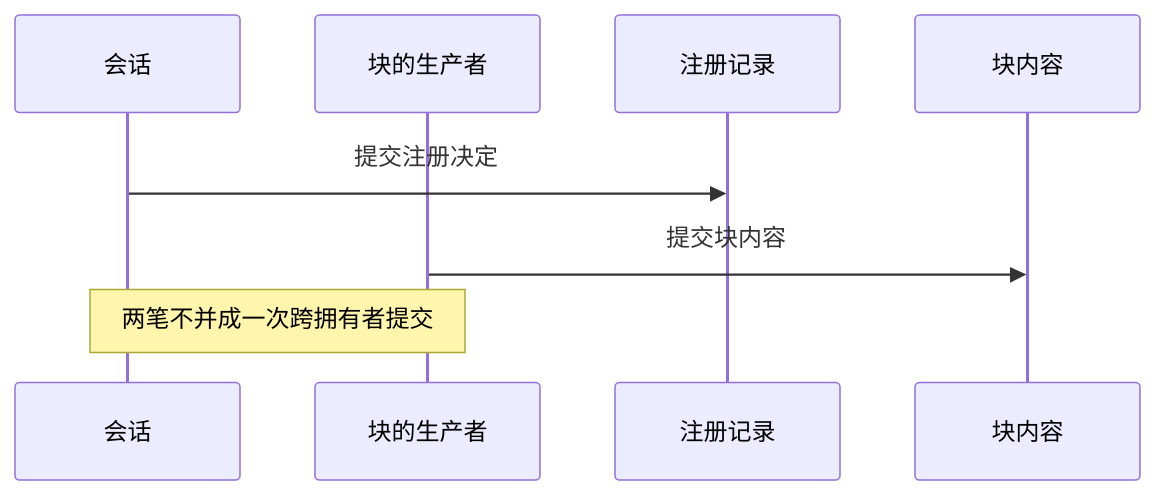
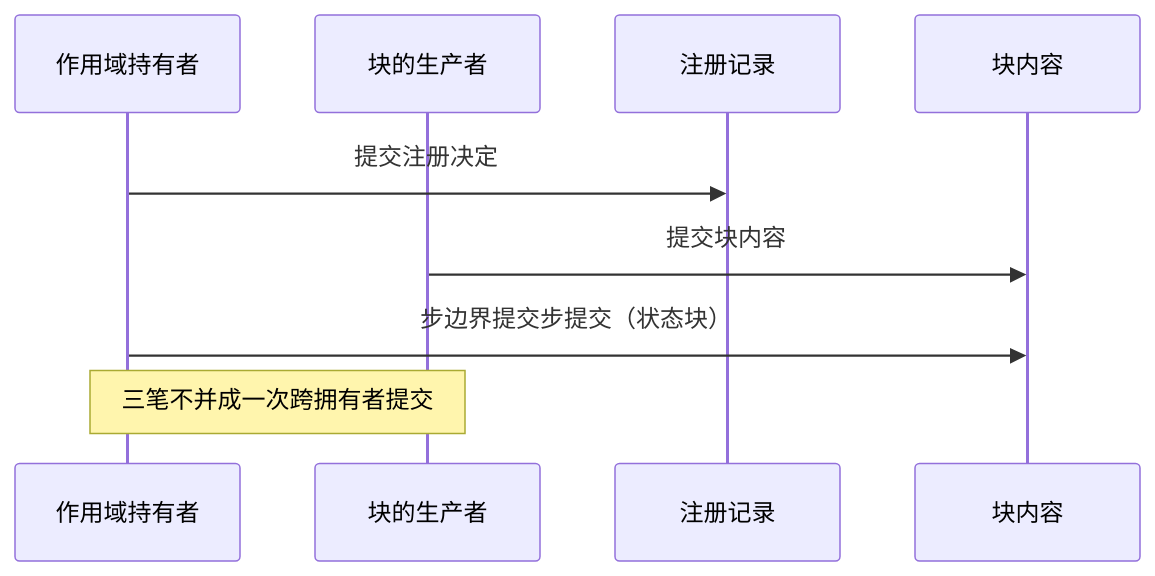
The second of 2 diagrams in docs/architecture/runtime/runtime-context.md (nemori-ai/omne-harness-lite), drawn with Mermaid before and after one commit. The commit also changed other lines of this file and 21 other files, not shown here.

````diff
--- a/docs/architecture/runtime/runtime-context.md
+++ b/docs/architecture/runtime/runtime-context.md
@@ -72,10 +114,11 @@
 ```mermaid
 sequenceDiagram
-  participant S as 会话
+  participant S as 作用域持有者
   participant P as 块的生产者
   participant R as 注册记录
   participant B as 块内容
   S->>R: 提交注册决定
   P->>B: 提交块内容
-  Note over S,P: 两笔不并成一次跨拥有者提交
+  S->>B: 步边界提交步提交（状态块）
+  Note over S,P: 三笔不并成一次跨拥有者提交
 ```
````
